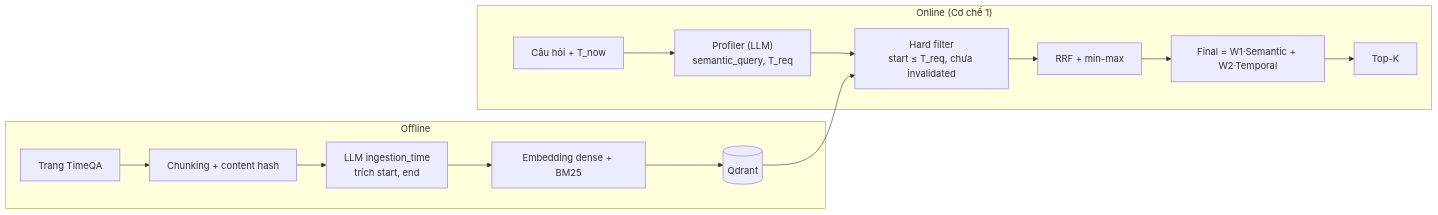
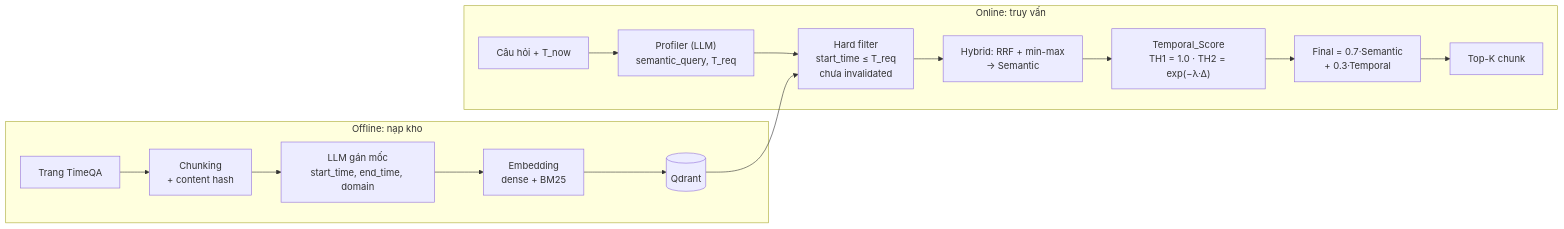
One commit to khoatran18/time-aware-agentic-memory changed the diagram in docs/weekly_reports/week_3/WEEK_3.md. Above: the diagram before and after it, drawn with Mermaid. The commit also changed other lines of this file and 3 other files, not shown here.

````diff
--- a/docs/weekly_reports/week_3/WEEK_3.md
+++ b/docs/weekly_reports/week_3/WEEK_3.md
@@ -15,17 +29,18 @@
 ```mermaid
 flowchart LR
-    subgraph OFF["Offline"]
-        DOC[Trang TimeQA] --> CH[Chunking + content hash]
-        CH --> TE["LLM ingestion_time\ntrích start, end"]
-        TE --> EMB[Embedding dense + BM25]
+    subgraph OFF["Offline: nạp kho"]
+        DOC[Trang TimeQA] --> CH["Chunking<br/>+ content hash"]
+        CH --> TE["LLM gán mốc<br/>start_time, end_time, domain"]
+        TE --> EMB["Embedding<br/>dense + BM25"]
         EMB --> QD[(Qdrant)]
     end
-    subgraph ON["Online (Cơ chế 1)"]
-        Q[Câu hỏi + T_now] --> PRO["Profiler (LLM)\nsemantic_query, T_req"]
-        PRO --> HF["Hard filter\nstart ≤ T_req, chưa invalidated"]
+    subgraph ON["Online: truy vấn"]
+        Q["Câu hỏi + T_now"] --> PRO["Profiler (LLM)<br/>semantic_query, T_req"]
+        PRO --> HF["Hard filter<br/>start_time ≤ T_req<br/>chưa invalidated"]
         QD --> HF
-        HF --> FU["RRF + min-max"]
-        FU --> RR["Final = W1·Semantic + W2·Temporal"]
-        RR --> TOP[Top-K]
+        HF --> FU["Hybrid: RRF + min-max<br/>→ Semantic"]
+        FU --> SC["Temporal_Score<br/>TH1 = 1.0 · TH2 = exp(−λ·Δ)"]
+        SC --> RR["Final = 0.7·Semantic<br/>+ 0.3·Temporal"]
+        RR --> TOP[Top-K chunk]
     end
 ```
````
